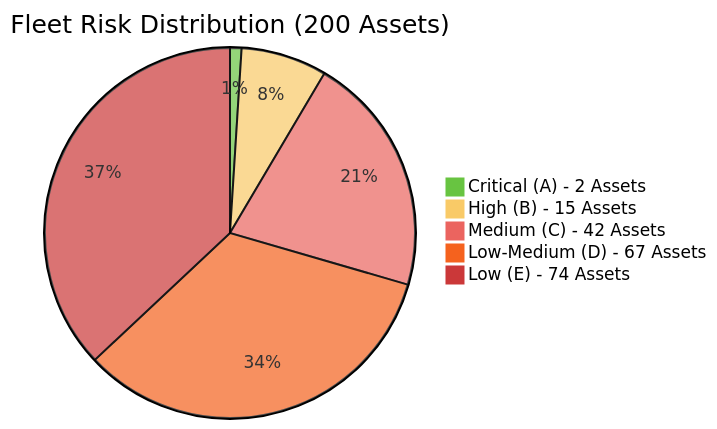
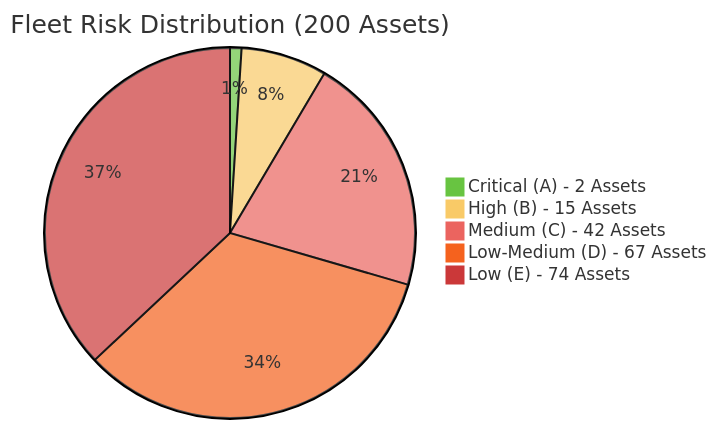
One commit to StephanieHepp/Risk-Assessment changed the first of 4 diagrams in risk_assessment_report/monthly_report_otto_argos_style.md. Above: the diagram before and after it, drawn with Mermaid.

````diff
--- a/risk_assessment_report/monthly_report_otto_argos_style.md
+++ b/risk_assessment_report/monthly_report_otto_argos_style.md
@@ -14,9 +14,9 @@
 ```mermaid
-%%{init: {'theme':'light', 'themeVariables': {'pie5':'#CB3839', 'pie4':'#F5621E', 'pie3':'#EB645F', 'pie2':'#F9CA67','pie1':'#68C441','primaryTextColor':'#333', 'primaryBorderColor':'#ddd'}}}%%
+%%{init: {'theme':'base', 'themeVariables': {'pie5':'#CB3839', 'pie4':'#F5621E', 'pie3':'#EB645F', 'pie2':'#F9CA67','pie1':'#68C441','primaryTextColor':'#333', 'primaryBorderColor':'#ddd'}}}%%
 pie title Fleet Risk Distribution (200 Assets)
     "Critical (A) - 2 Assets" : 2
     "High (B) - 15 Assets" : 15
     "Medium (C) - 42 Assets" : 42
     "Low-Medium (D) - 67 Assets" : 67
     "Low (E) - 74 Assets" : 74
 ```
````
